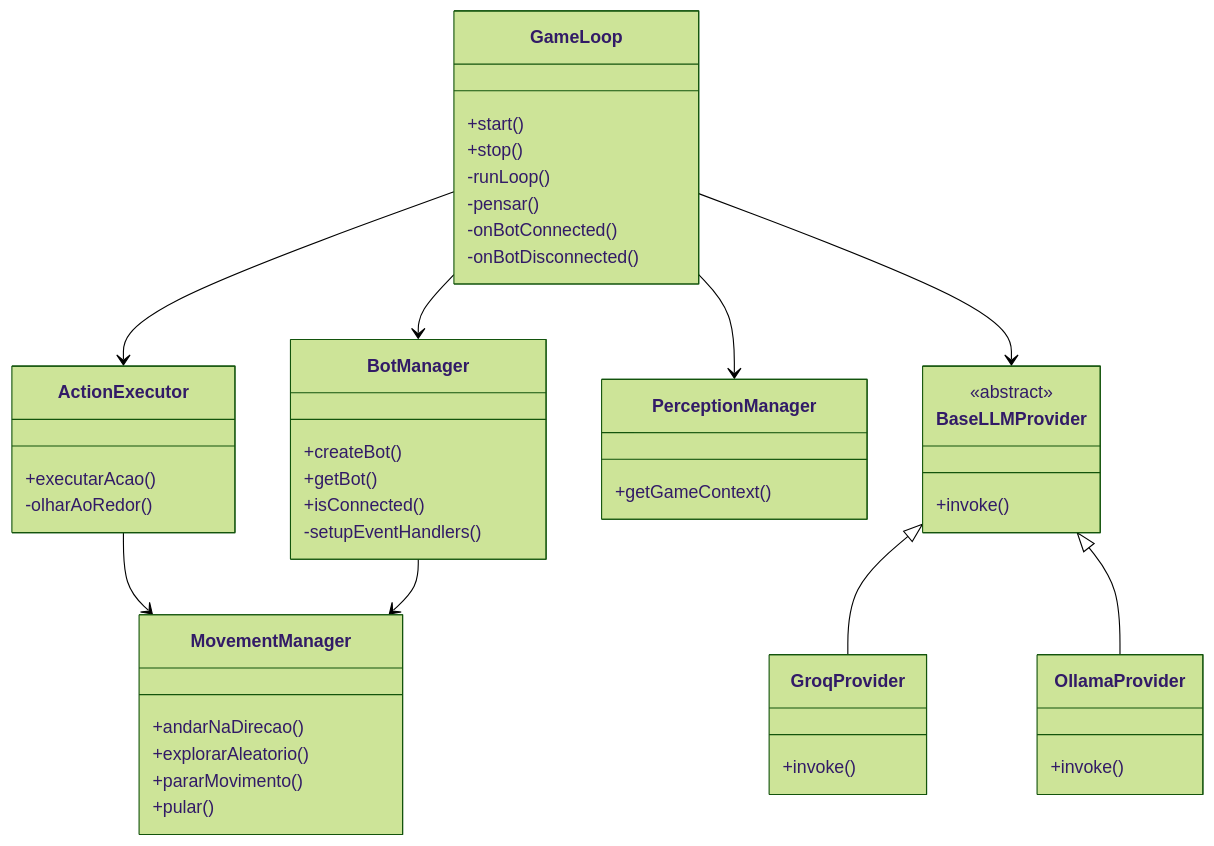
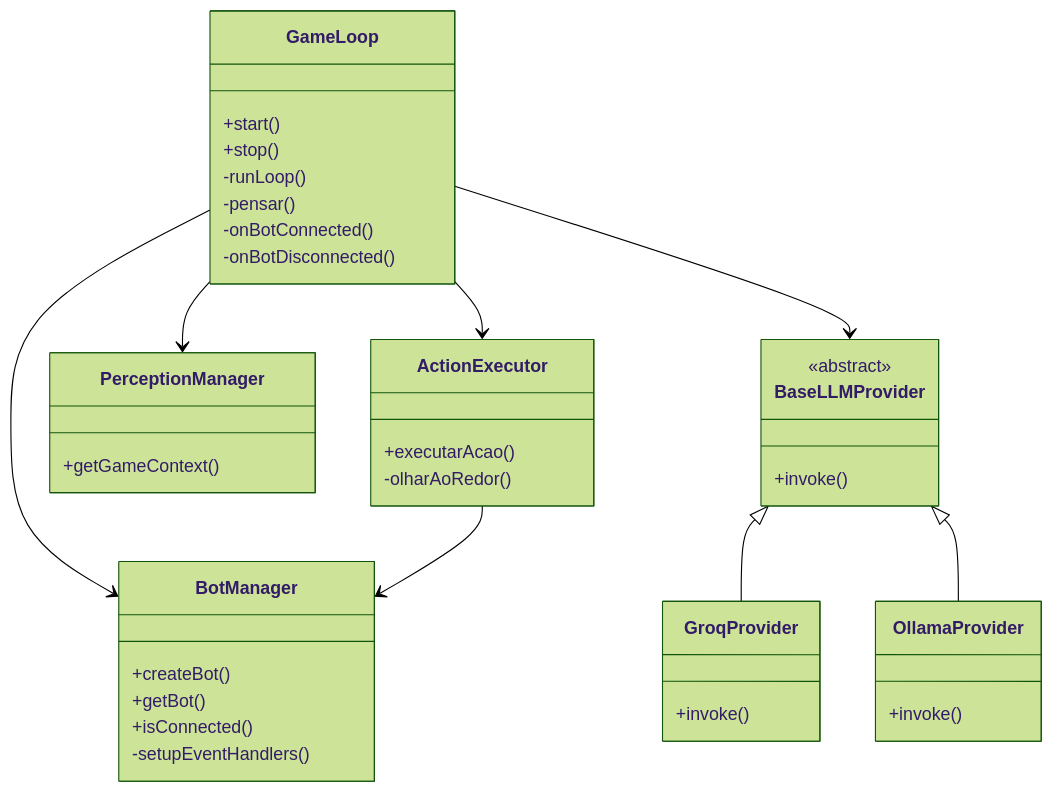
Before and after one commit to jvras58/minecraft-langchain-ts: the fourth of 4 diagrams in docs/Architecture.md, drawn with Mermaid (forest theme). The commit also changed other lines of this file, not shown here.

Commit message:
refatorar: atualizar diagramas de arquitetura para refletir mudanças no ActionExecutor e remover MovementManager

````diff
--- a/docs/Architecture.md
+++ b/docs/Architecture.md
@@ -89,48 +83,41 @@
 ```mermaid
 classDiagram
     class GameLoop {
         +start()
         +stop()
         -runLoop()
         -pensar()
         -onBotConnected()
         -onBotDisconnected()
     }
     class BotManager {
         +createBot()
         +getBot()
         +isConnected()
         -setupEventHandlers()
     }
     class ActionExecutor {
         +executarAcao()
         -olharAoRedor()
     }
-    class MovementManager {
-        +andarNaDirecao()
-        +explorarAleatorio()
-        +pararMovimento()
-        +pular()
-    }
     class PerceptionManager {
         +getGameContext()
     }
     class BaseLLMProvider {
         <<abstract>>
         +invoke()
     }
     class GroqProvider {
         +invoke()
     }
     class OllamaProvider {
         +invoke()
     }
     GameLoop --> BotManager
     GameLoop --> ActionExecutor
     GameLoop --> PerceptionManager
     GameLoop --> BaseLLMProvider
-    ActionExecutor --> MovementManager
-    BotManager --> MovementManager
+    ActionExecutor --> BotManager
     BaseLLMProvider <|-- GroqProvider
     BaseLLMProvider <|-- OllamaProvider
 ```
````
